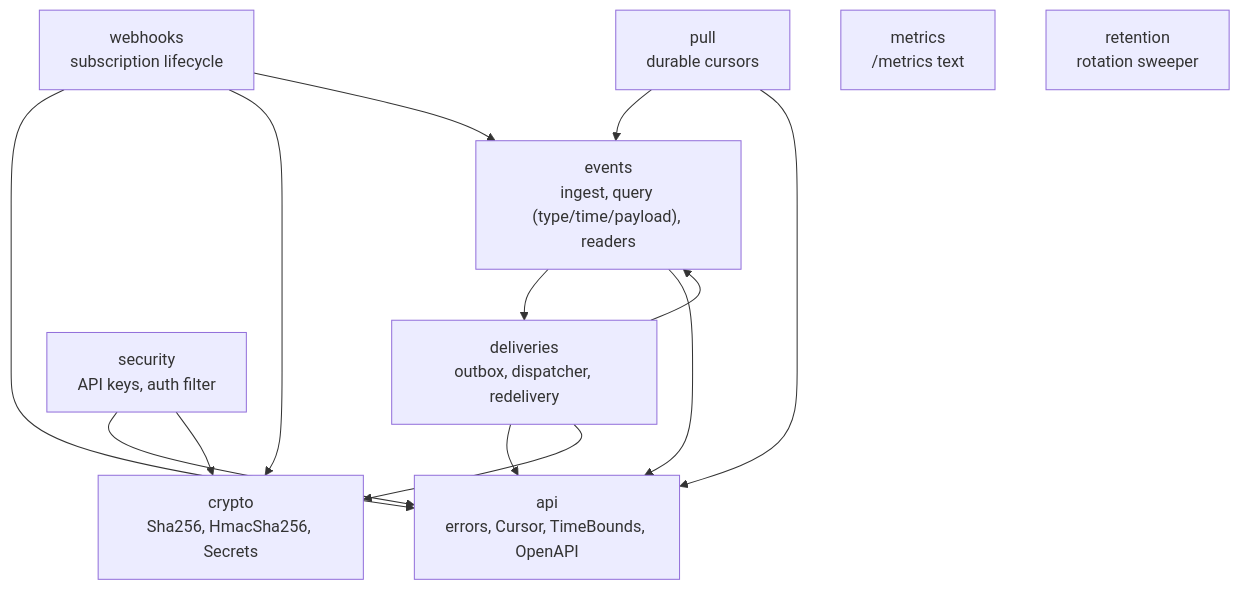
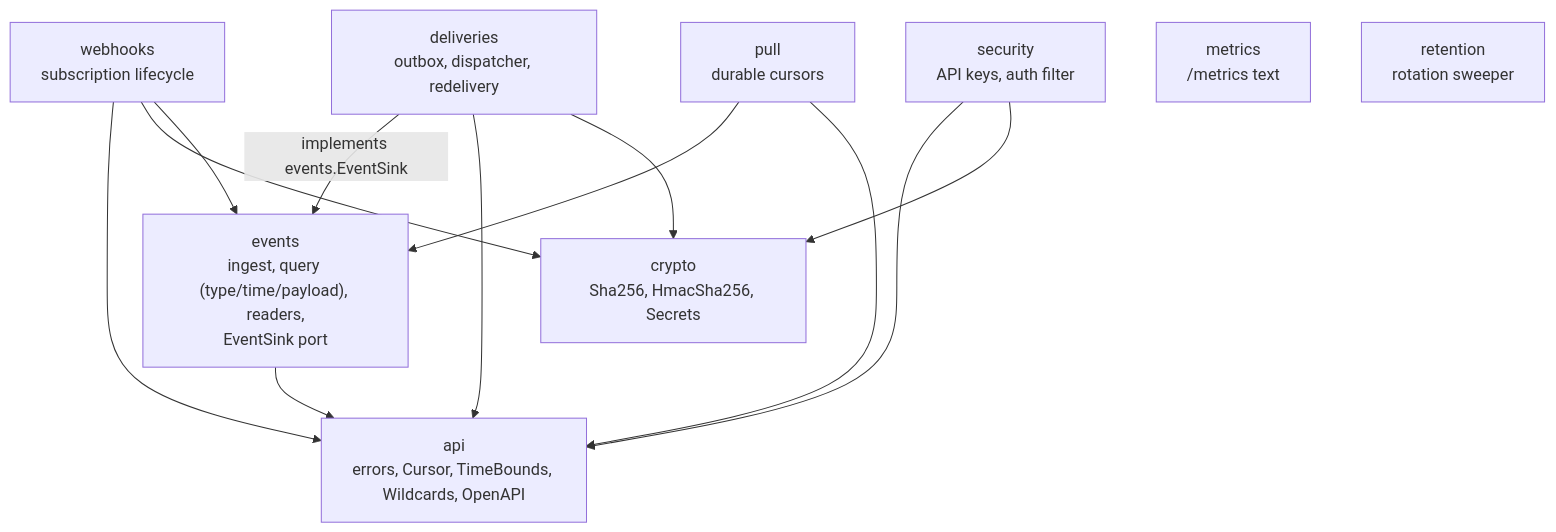
Before and after one commit to sharanggupta/eventcore: the fourth of 6 diagrams in docs/architecture.md, drawn with Mermaid. The commit also changed other lines of this file and 5 other files, not shown here.

````diff
--- a/docs/architecture.md
+++ b/docs/architecture.md
@@ -119,25 +120,24 @@
 ```mermaid
 flowchart TD
-    events["events<br/>ingest, query (type/time/payload), readers"]
+    events["events<br/>ingest, query (type/time/payload), readers,<br/>EventSink port"]
     webhooks["webhooks<br/>subscription lifecycle"]
     deliveries["deliveries<br/>outbox, dispatcher, redelivery"]
     pull["pull<br/>durable cursors"]
     security["security<br/>API keys, auth filter"]
     metrics["metrics<br/>/metrics text"]
     retention["retention<br/>rotation sweeper"]
-    api["api<br/>errors, Cursor, TimeBounds, OpenAPI"]
+    api["api<br/>errors, Cursor, TimeBounds, Wildcards, OpenAPI"]
     crypto["crypto<br/>Sha256, HmacSha256, Secrets"]
 
-    events --> deliveries
     events --> api
     webhooks --> api
     webhooks --> crypto
     webhooks --> events
+    deliveries -->|implements events.EventSink| events
     deliveries --> api
     deliveries --> crypto
-    deliveries --> events
     pull --> events
     pull --> api
     security --> api
     security --> crypto
 ```
````
